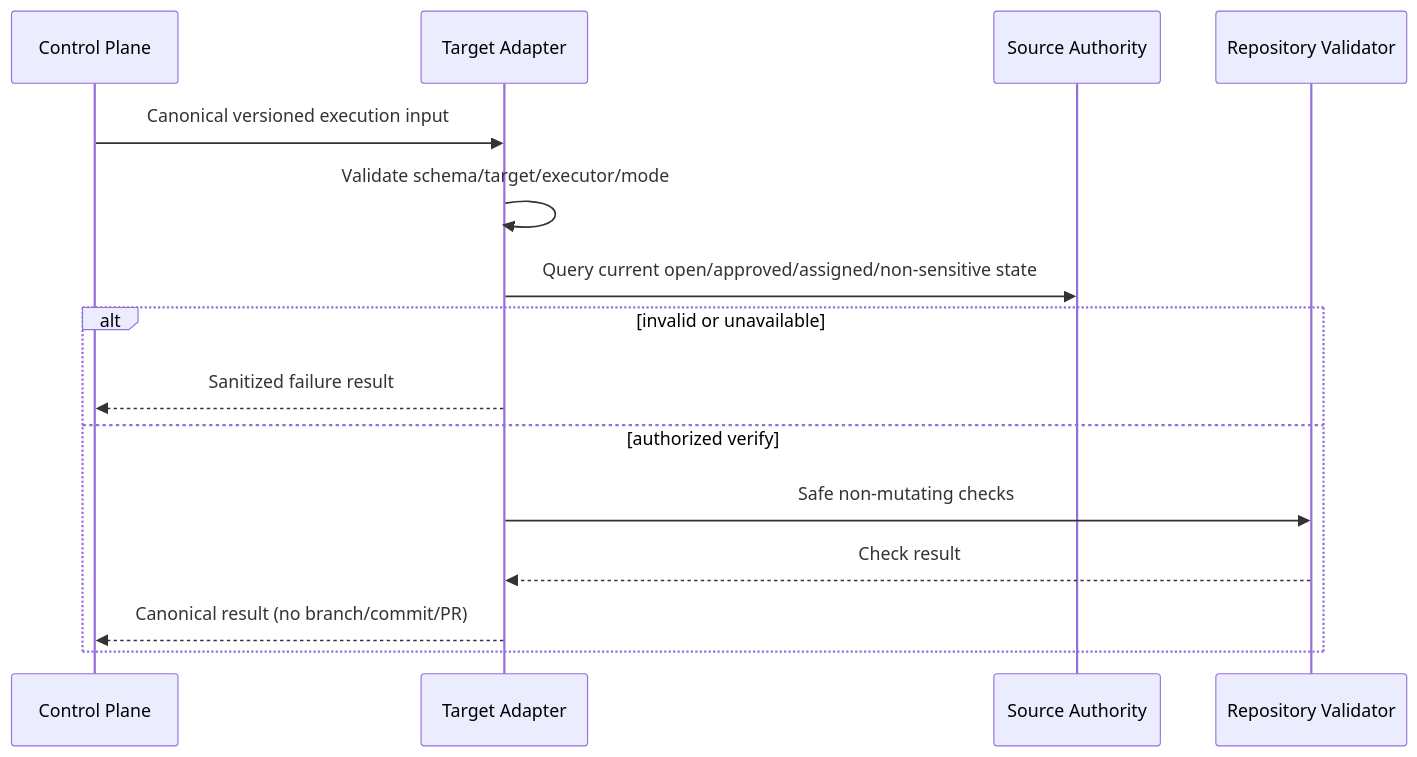
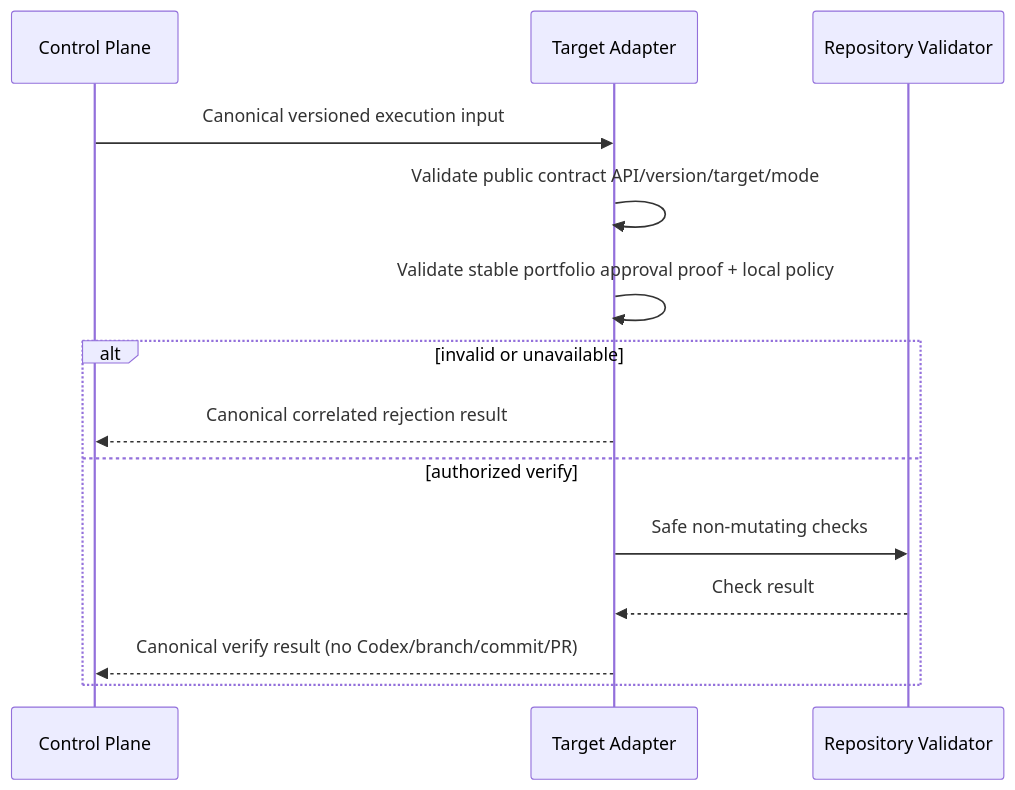
One commit to Young-Consultations/consulting-playbook changed the sixth of 7 diagrams in docs/architecture/SequenceDiagrams.md. Above: the diagram before and after it, drawn with Mermaid. The commit also changed other lines of this file and 21 other files, not shown here.

````diff
--- a/docs/architecture/SequenceDiagrams.md
+++ b/docs/architecture/SequenceDiagrams.md
@@ -136,17 +136,16 @@
 ```mermaid
 sequenceDiagram
   participant C as Control Plane
   participant T as Target Adapter
-  participant S as Source Authority
   participant V as Repository Validator
   C->>T: Canonical versioned execution input
-  T->>T: Validate schema/target/executor/mode
-  T->>S: Query current open/approved/assigned/non-sensitive state
+  T->>T: Validate public contract API/version/target/mode
+  T->>T: Validate stable portfolio approval proof + local policy
   alt invalid or unavailable
-    T-->>C: Sanitized failure result
+    T-->>C: Canonical correlated rejection result
   else authorized verify
     T->>V: Safe non-mutating checks
     V-->>T: Check result
-    T-->>C: Canonical result (no branch/commit/PR)
+    T-->>C: Canonical verify result (no Codex/branch/commit/PR)
   end
 ```
````
